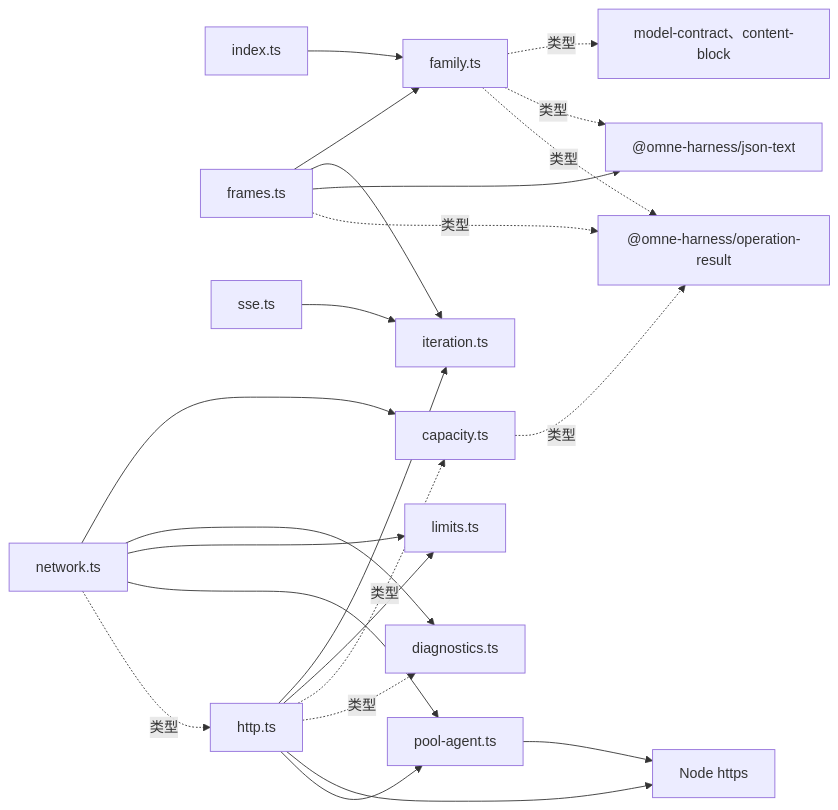
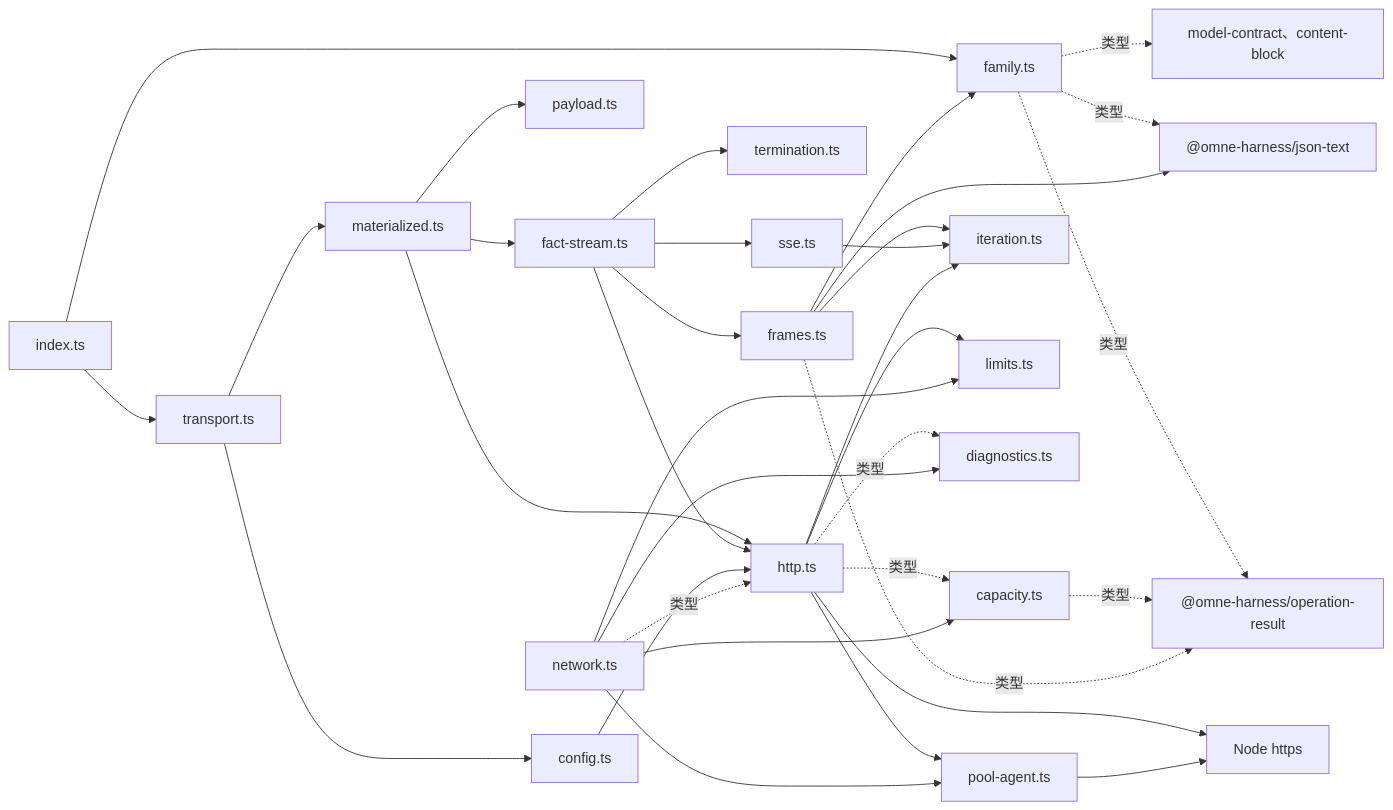
The first of 2 diagrams in packages/model/pi-ai-transport/docs/architecture.md (nemori-ai/omne-harness-lite), drawn with Mermaid before and after one commit. The commit also changed other lines of this file and 16 other files, not shown here.

````diff
--- a/packages/model/pi-ai-transport/docs/architecture.md
+++ b/packages/model/pi-ai-transport/docs/architecture.md
@@ -23,25 +29,36 @@
 ```mermaid
 flowchart LR
   index[index.ts] --> family[family.ts]
+  index --> transport[transport.ts]
+  transport --> config[config.ts]
+  transport --> materialized[materialized.ts]
+  materialized --> payload[payload.ts]
+  materialized --> facts[fact-stream.ts]
+  materialized --> http
+  facts --> termination[termination.ts]
+  facts --> sse
+  facts --> frames
+  facts --> http
+  config --> http
   family -. 类型 .-> contract["model-contract、content-block"]
   family -. 类型 .-> jsonText["@omne-harness/json-text"]
   family -. 类型 .-> result["@omne-harness/operation-result"]
   capacity[capacity.ts] -. 类型 .-> result
   frames[frames.ts] --> family
   frames --> iteration[iteration.ts]
   frames --> jsonText
   frames -. 类型 .-> result
   sse[sse.ts] --> iteration
   http[http.ts] --> iteration
   http --> limits[limits.ts]
   http -. 类型 .-> capacity
   http -. 类型 .-> diagnostics[diagnostics.ts]
   http --> node["Node https"]
   http --> pool[pool-agent.ts]
   pool --> node
   network[network.ts] --> capacity
   network --> diagnostics
   network --> limits
   network --> pool
   network -. 类型 .-> http
 ```
````
